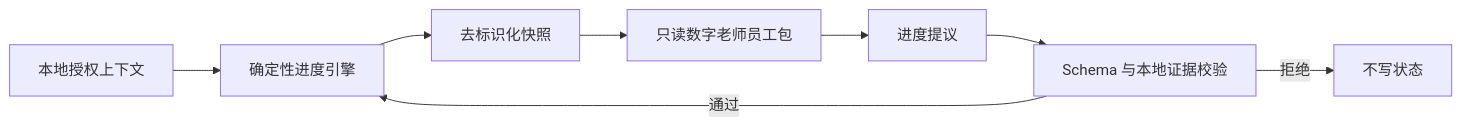
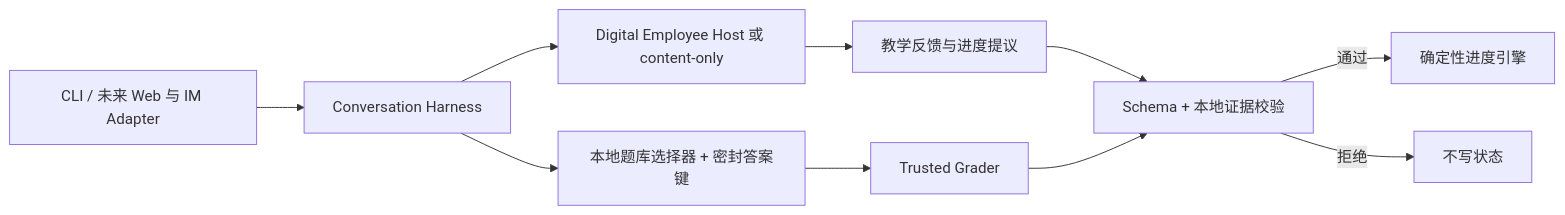
Before and after one commit to PeterGuy326/senior-architect-pass-coach: the diagram in README.md, drawn with Mermaid. The commit also changed other lines of this file and 39 other files, not shown here.

Commit message:
feat: add durable learning conversation harness

````diff
--- a/README.md
+++ b/README.md
@@ -70,10 +134,12 @@
 ```mermaid
 flowchart LR
-  A["本地授权上下文"] --> B["确定性进度引擎"]
-  B --> C["去标识化快照"]
-  C --> D["只读数字老师员工包"]
-  D --> E["进度提议"]
-  E --> F["Schema 与本地证据校验"]
-  F -->|"通过"| B
-  F -->|"拒绝"| G["不写状态"]
+  A["CLI / 未来 Web 与 IM Adapter"] --> B["Conversation Harness"]
+  B --> C["本地题库选择器 + 密封答案键"]
+  B --> D["Digital Employee Host 或 content-only"]
+  D --> E["教学反馈与进度提议"]
+  C --> F["Trusted Grader"]
+  E --> G["Schema + 本地证据校验"]
+  F --> G
+  G -->|"通过"| H["确定性进度引擎"]
+  G -->|"拒绝"| I["不写状态"]
 ```
````
